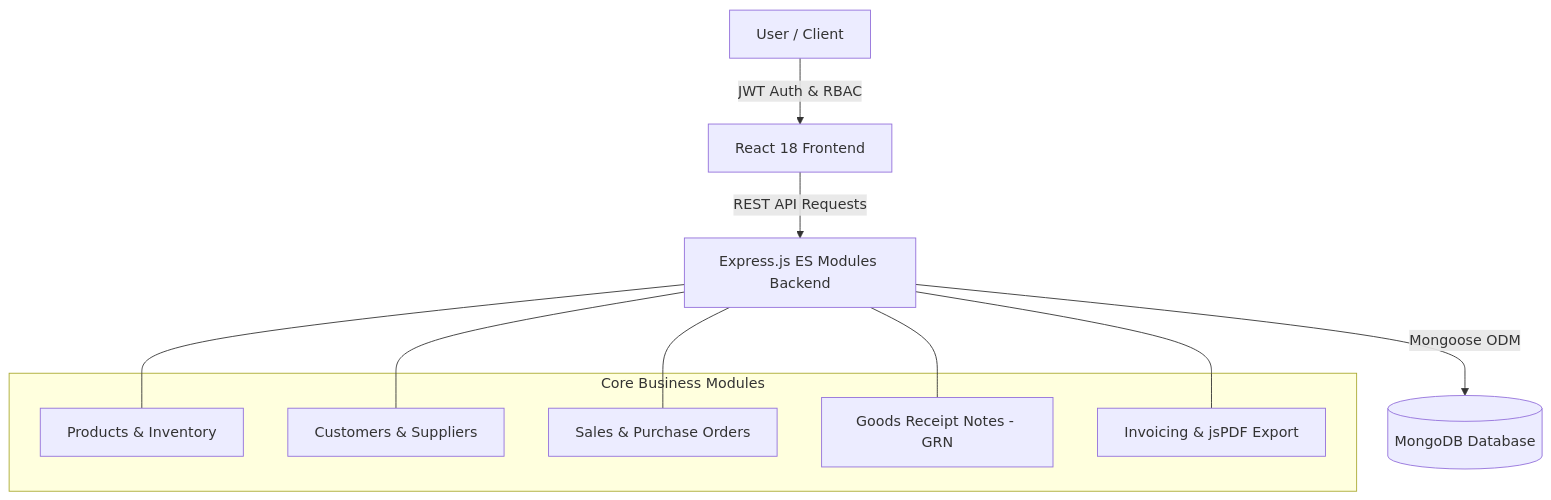
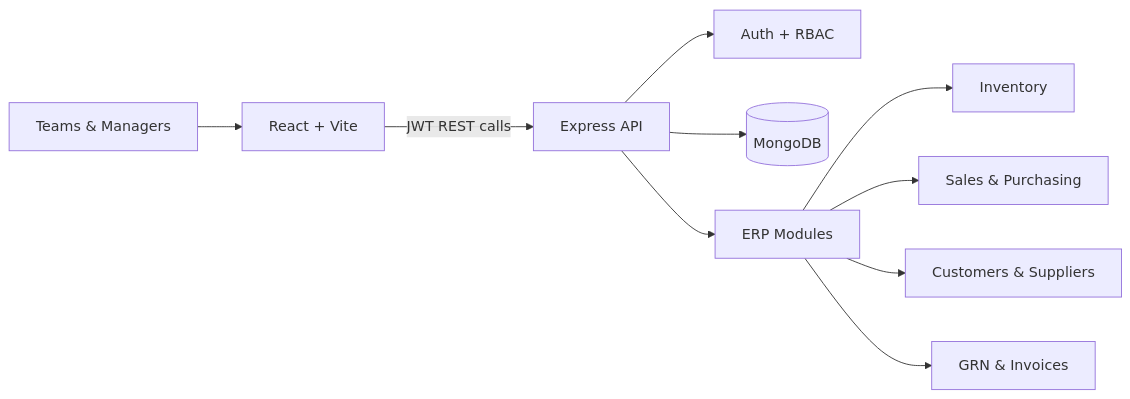
The diagram in README.md (raushankumarsah07/erp-management-system), drawn with Mermaid before and after one commit. The commit also changed other lines of this file and 5 other files, not shown here.

````diff
--- a/README.md
+++ b/README.md
@@ -27,20 +82,12 @@
 ```mermaid
-graph TD
-    A[User / Client] -->|JWT Auth & RBAC| B[React 18 Frontend]
-    B -->|REST API Requests| C[Express.js ES Modules Backend]
-    C -->|Mongoose ODM| D[(MongoDB Database)]
-    
-    subgraph Core Business Modules
-        E[Products & Inventory]
-        F[Customers & Suppliers]
-        G[Sales & Purchase Orders]
-        H[Goods Receipt Notes - GRN]
-        I[Invoicing & jsPDF Export]
-    end
-    
-    C --- E
-    C --- F
-    C --- G
-    C --- H
-    C --- I
+flowchart LR
+    U[Teams & Managers] --> UI[React + Vite]
+    UI -->|JWT REST calls| API[Express API]
+    API --> AUTH[Auth + RBAC]
+    API --> DB[(MongoDB)]
+    API --> MOD[ERP Modules]
+    MOD --> INV[Inventory]
+    MOD --> ORD[Sales & Purchasing]
+    MOD --> CRM[Customers & Suppliers]
+    MOD --> BILL[GRN & Invoices]
 ```
````
